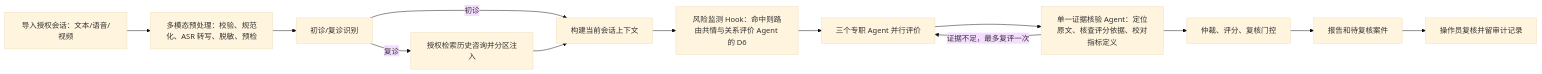
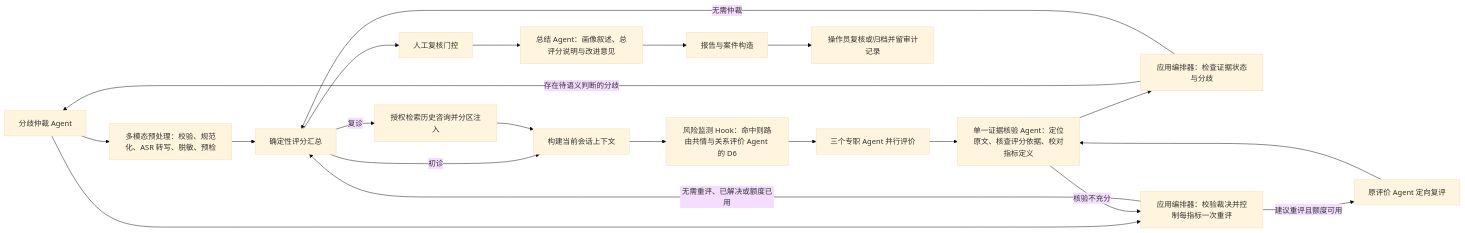
Before and after one commit to poxuxuxux/Online-psychological-counseling-platform-doctor-service-quality-monitoring-agent: the diagram in README.md, drawn with Mermaid (base theme). The commit also changed other lines of this file and 13 other files, not shown here.

````diff
--- a/README.md
+++ b/README.md
@@ -9,15 +9,23 @@
 ```mermaid
 flowchart LR
     A[导入授权会话：文本/语音/视频] --> B[多模态预处理：校验、规范化、ASR 转写、脱敏、预检]
     B --> C[初诊/复诊识别]
     C -->|复诊| D[授权检索历史咨询并分区注入]
     C -->|初诊| E[构建当前会话上下文]
     D --> E
     E --> F[风险监测 Hook：命中则路由共情与关系评价 Agent 的 D6]
     F --> G[三个专职 Agent 并行评价]
     G --> H[单一证据核验 Agent：定位原文、核查评分依据、校对指标定义]
-    H -->|证据不足，最多复评一次| G
-    H --> I[仲裁、评分、复核门控]
-    I --> J[报告和待复核案件]
-    J --> K[操作员复核并留审计记录]
+    H --> O[应用编排器：检查证据状态与分歧]
+    O -->|存在待语义判断的分歧| A[分歧仲裁 Agent]
+    O -->|无需仲裁| C[确定性评分汇总]
+    A --> O2[应用编排器：校验裁决并控制每指标一次重评]
+    H -->|核验不充分| O2
+    O2 -->|建议重评且额度可用| R[原评价 Agent 定向复评]
+    R --> H
+    O2 -->|无需重评、已解决或额度已用| C
+    C --> M[人工复核门控]
+    M --> S[总结 Agent：画像叙述、总评分说明与改进意见]
+    S --> J[报告与案件构造]
+    J --> K[操作员复核或归档并留审计记录]
 ```
````
